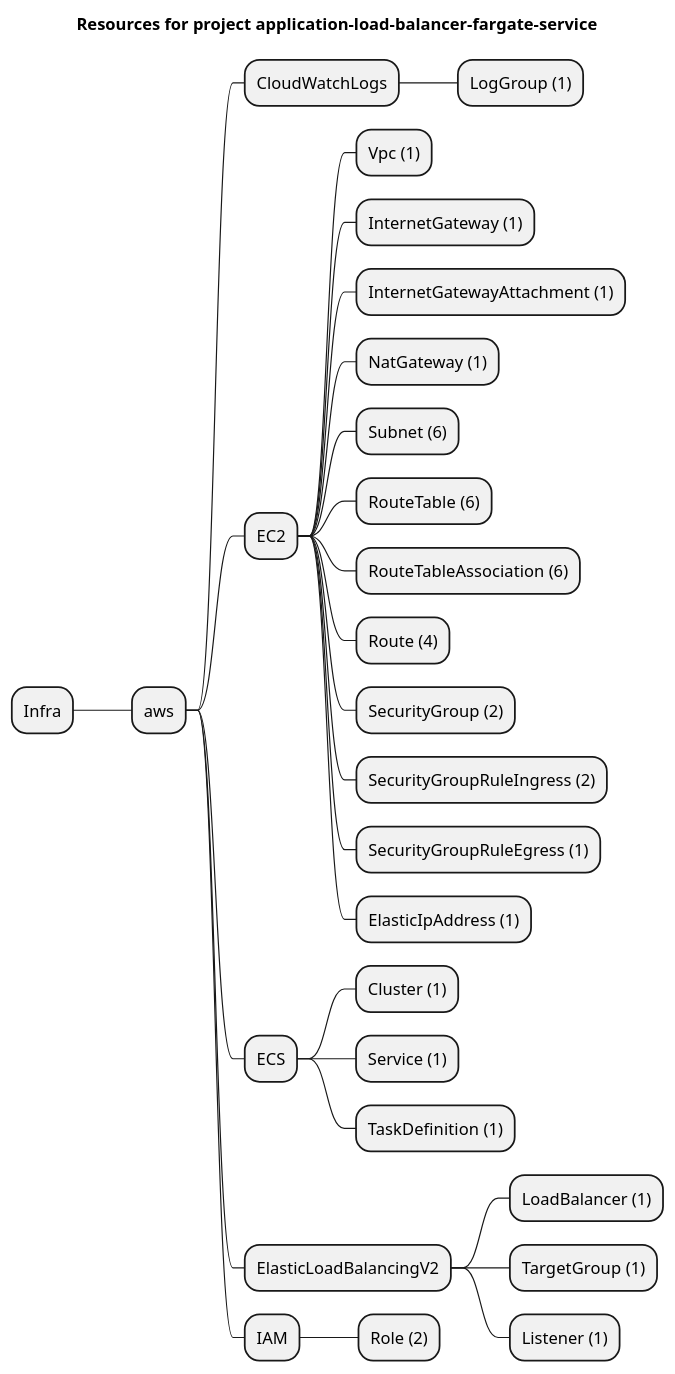
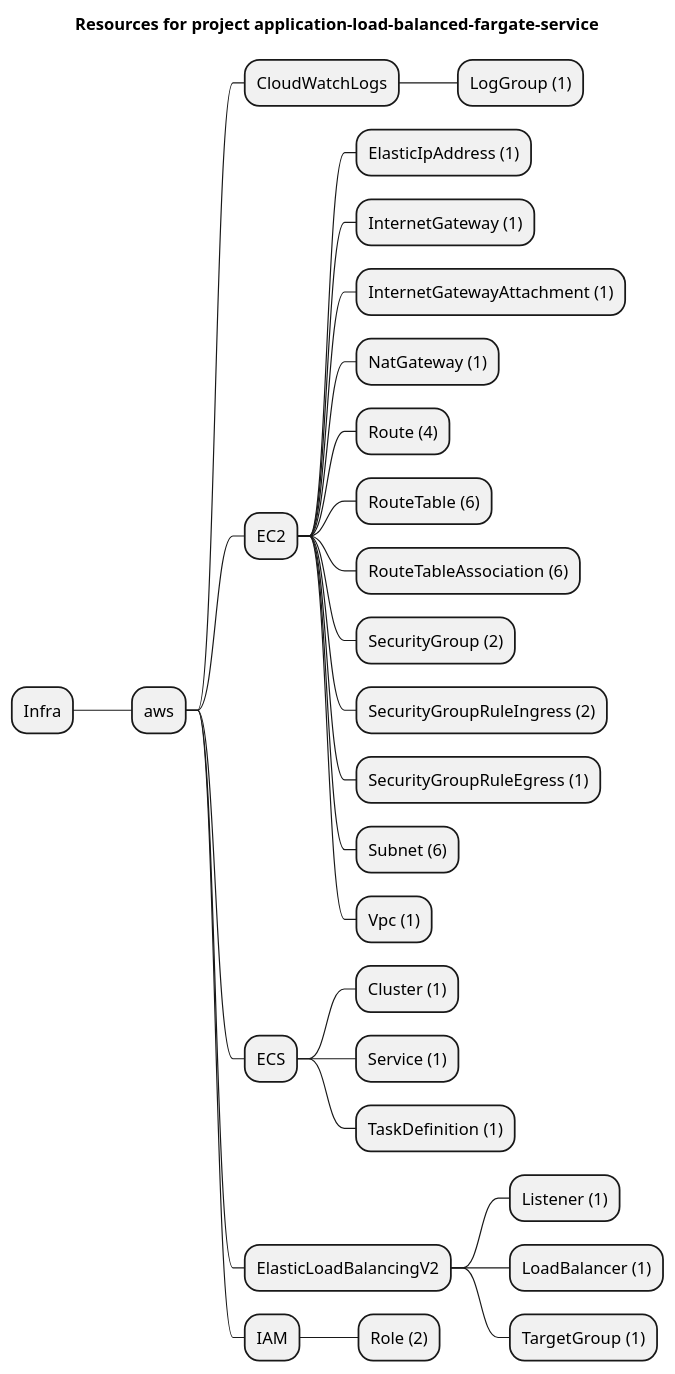
One commit to grucloud/grucloud changed the diagram in examples/aws/aws-cdk-examples/application-load-balancer-fargate-service/artifacts/resources-mindmap.puml. Above: the diagram before and after it, drawn with PlantUML. The commit also changed 49 other files, not shown here.

Commit message:
EC2VpcEndpointService LoadBalancer fixes

```diff
--- a/examples/aws/aws-cdk-examples/application-load-balancer-fargate-service/artifacts/resources-mindmap.puml
+++ b/examples/aws/aws-cdk-examples/application-load-balancer-fargate-service/artifacts/resources-mindmap.puml
@@ -1,31 +1,31 @@
 @startmindmap
-title Resources for project application-load-balancer-fargate-service
+title Resources for project application-load-balanced-fargate-service
 skinparam monochrome true
 + Infra
 ++ aws
 +++ CloudWatchLogs
 ++++ LogGroup (1)
 +++ EC2
-++++ Vpc (1)
+++++ ElasticIpAddress (1)
 ++++ InternetGateway (1)
 ++++ InternetGatewayAttachment (1)
 ++++ NatGateway (1)
-++++ Subnet (6)
+++++ Route (4)
 ++++ RouteTable (6)
 ++++ RouteTableAssociation (6)
-++++ Route (4)
 ++++ SecurityGroup (2)
 ++++ SecurityGroupRuleIngress (2)
 ++++ SecurityGroupRuleEgress (1)
-++++ ElasticIpAddress (1)
+++++ Subnet (6)
+++++ Vpc (1)
 +++ ECS
 ++++ Cluster (1)
 ++++ Service (1)
 ++++ TaskDefinition (1)
 +++ ElasticLoadBalancingV2
+++++ Listener (1)
 ++++ LoadBalancer (1)
 ++++ TargetGroup (1)
-++++ Listener (1)
 +++ IAM
 ++++ Role (2)
 @endmindmap
```
